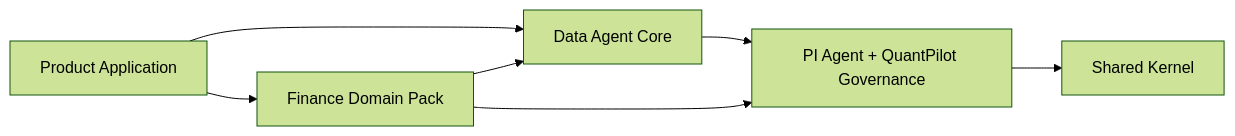
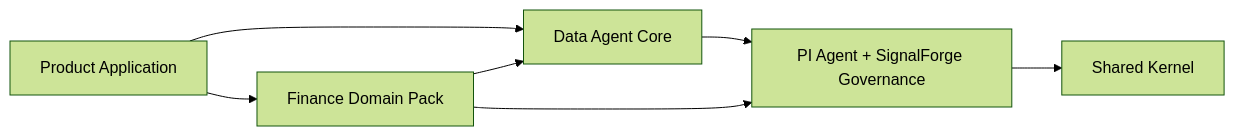
Before and after one commit to xbzz1018/SignalForge: the diagram in docs/data-agent-architecture.md, drawn with Mermaid (forest theme). The commit also changed other lines of this file and 221 other files, not shown here.

Commit message:
refactor: unify SignalForge branding and focus the project showcase

````diff
--- a/docs/data-agent-architecture.md
+++ b/docs/data-agent-architecture.md
@@ -29,9 +29,9 @@
 ```mermaid
 flowchart LR
   APP[Product Application] --> DA[Data Agent Core]
   APP --> FD[Finance Domain Pack]
   FD --> DA
-  DA --> MA[PI Agent + QuantPilot Governance]
+  DA --> MA[PI Agent + SignalForge Governance]
   FD --> MA
   MA --> SK[Shared Kernel]
 ```
````
